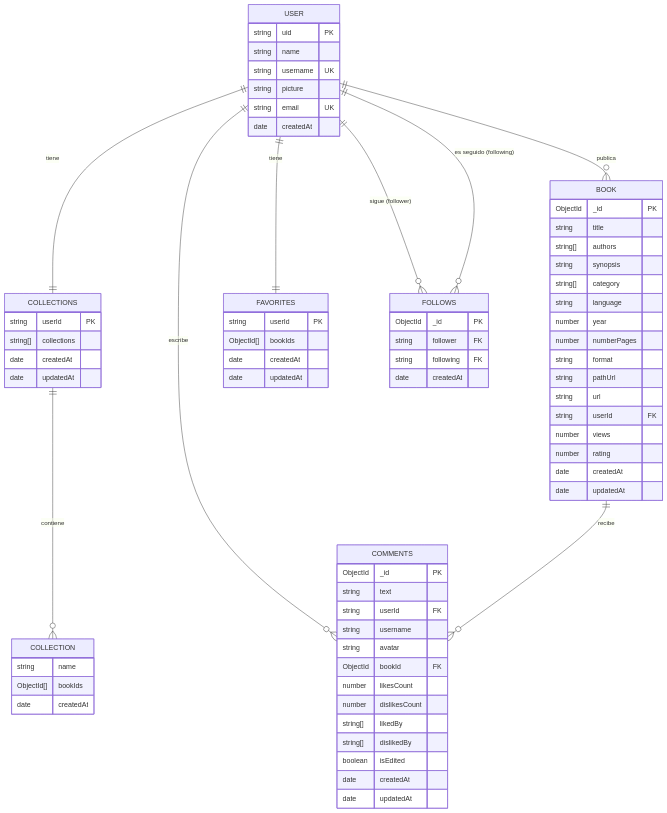
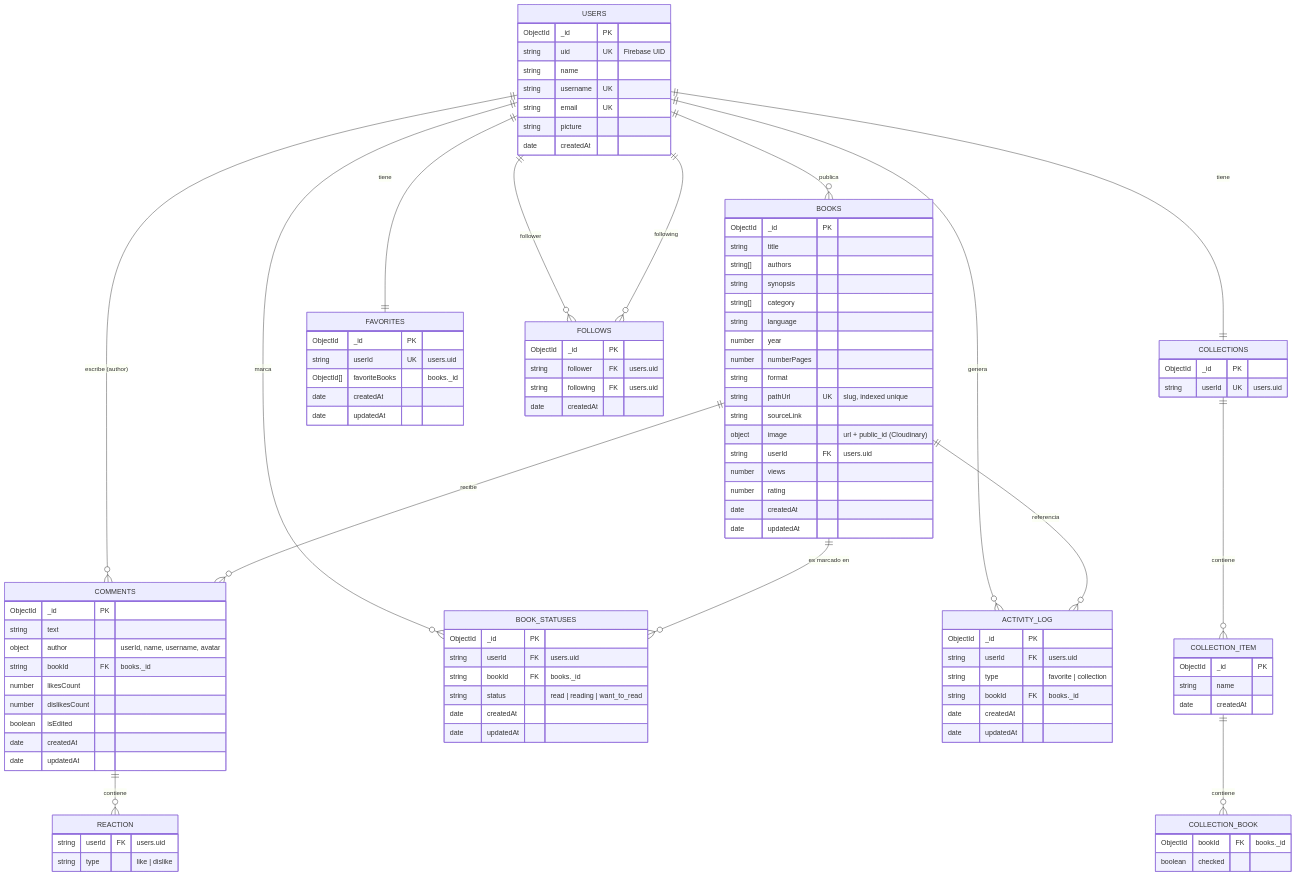
One commit to Franqsanz/xbu-api changed the second of 2 diagrams in README.md. Above: the diagram before and after it, drawn with Mermaid. The commit also changed other lines of this file, not shown here.

````diff
--- a/README.md
+++ b/README.md
@@ -24,27 +57,30 @@
 ```mermaid
 erDiagram
-    USER ||--|| COLLECTIONS : tiene
-    USER ||--o{ BOOK : publica
-    USER ||--|| FAVORITES : tiene
-    USER ||--o{ COMMENTS : escribe
-    USER ||--o{ FOLLOWS : "sigue (follower)"
-    USER ||--o{ FOLLOWS : "es seguido (following)"
-    USER {
-        string uid PK
+    USERS ||--o{ BOOKS : publica
+    USERS ||--|| COLLECTIONS : tiene
+    USERS ||--|| FAVORITES : tiene
+    USERS ||--o{ COMMENTS : "escribe (author)"
+    USERS ||--o{ FOLLOWS : "follower"
+    USERS ||--o{ FOLLOWS : "following"
+    USERS ||--o{ BOOK_STATUSES : marca
+    USERS ||--o{ ACTIVITY_LOG : genera
+    BOOKS ||--o{ COMMENTS : recibe
+    BOOKS ||--o{ BOOK_STATUSES : "es marcado en"
+    BOOKS ||--o{ ACTIVITY_LOG : referencia
+    COLLECTIONS ||--o{ COLLECTION_ITEM : contiene
+    COLLECTION_ITEM ||--o{ COLLECTION_BOOK : contiene
+    COMMENTS ||--o{ REACTION : contiene
+
+    USERS {
+        ObjectId _id PK
+        string uid UK "Firebase UID"
         string name
         string username UK
+        string email UK
         string picture
-        string email UK
         date createdAt
     }
-    FOLLOWS {
-        ObjectId _id PK
-        string follower FK
-        string following FK
-        date createdAt
-    }
-    BOOK ||--o{ COMMENTS : recibe
-    BOOK {
+    BOOKS {
         ObjectId _id PK
         string title
         string[] authors
@@ -54,45 +90,70 @@
         number year
         number numberPages
         string format
-        string pathUrl
-        string url
-        string userId FK
+        string pathUrl UK "slug, indexed unique"
+        string sourceLink
+        object image "url + public_id (Cloudinary)"
+        string userId FK "users.uid"
         number views
         number rating
         date createdAt
         date updatedAt
     }
-    COLLECTIONS {
-        string userId PK
-        string[] collections
+    FOLLOWS {
+        ObjectId _id PK
+        string follower FK "users.uid"
+        string following FK "users.uid"
+        date createdAt
+    }
+    FAVORITES {
+        ObjectId _id PK
+        string userId UK "users.uid"
+        ObjectId[] favoriteBooks "books._id"
         date createdAt
         date updatedAt
     }
-    COLLECTION {
+    COLLECTIONS {
+        ObjectId _id PK
+        string userId UK "users.uid"
+    }
+    COLLECTION_ITEM {
+        ObjectId _id PK
         string name
-        ObjectId[] bookIds
         date createdAt
     }
-    COLLECTIONS ||--o{ COLLECTION : contiene
-    FAVORITES {
-        string userId PK
-        ObjectId[] bookIds
-        date createdAt
-        date updatedAt
+    COLLECTION_BOOK {
+        ObjectId bookId FK "books._id"
+        boolean checked
     }
     COMMENTS {
         ObjectId _id PK
         string text
-        string userId FK
-        string username
-        string avatar
-        ObjectId bookId FK
+        object author "userId, name, username, avatar"
+        string bookId FK "books._id"
         number likesCount
         number dislikesCount
-        string[] likedBy
-        string[] dislikedBy
         boolean isEdited
         date createdAt
         date updatedAt
     }
+    REACTION {
+        string userId FK "users.uid"
+        string type "like | dislike"
+    }
+    BOOK_STATUSES {
+        ObjectId _id PK
+        string userId FK "users.uid"
+        string bookId FK "books._id"
+        string status "read | reading | want_to_read"
+        date createdAt
+        date updatedAt
+    }
+    ACTIVITY_LOG {
+        ObjectId _id PK
+        string userId FK "users.uid"
+        string type "favorite | collection"
+        string bookId FK "books._id"
+        date createdAt
+        date updatedAt
+    }
 ```
````
